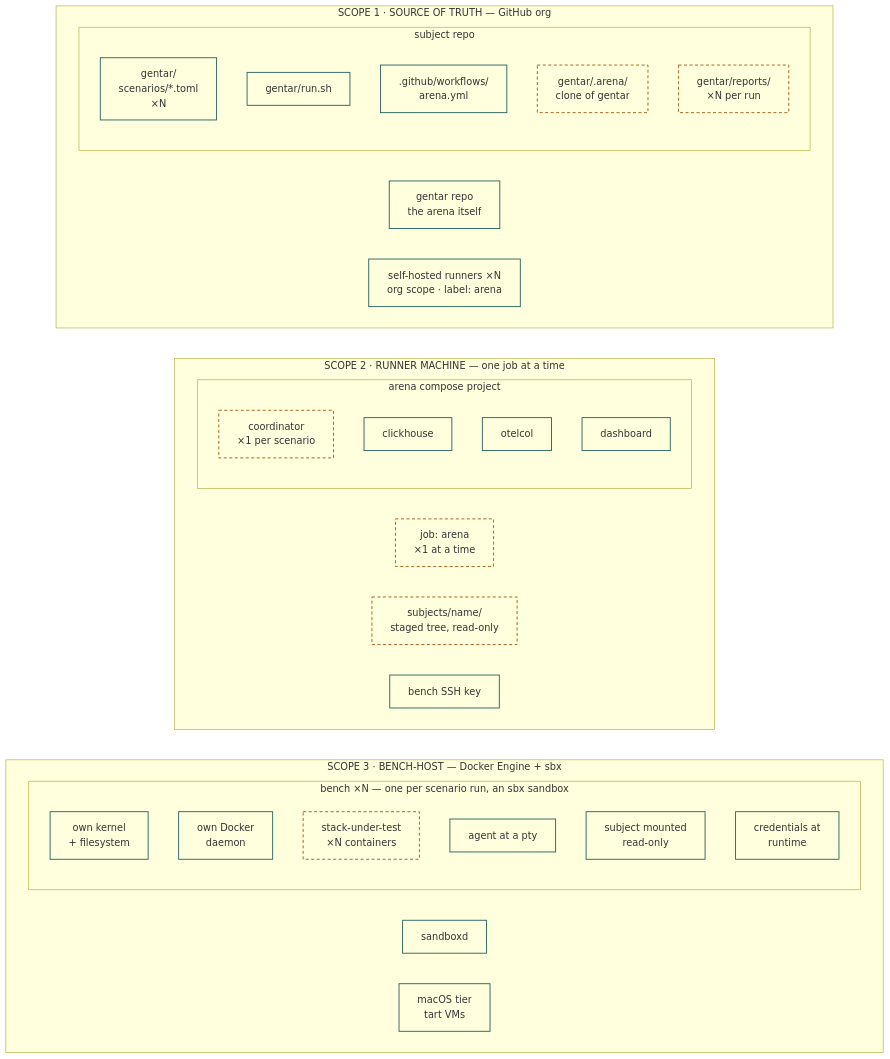
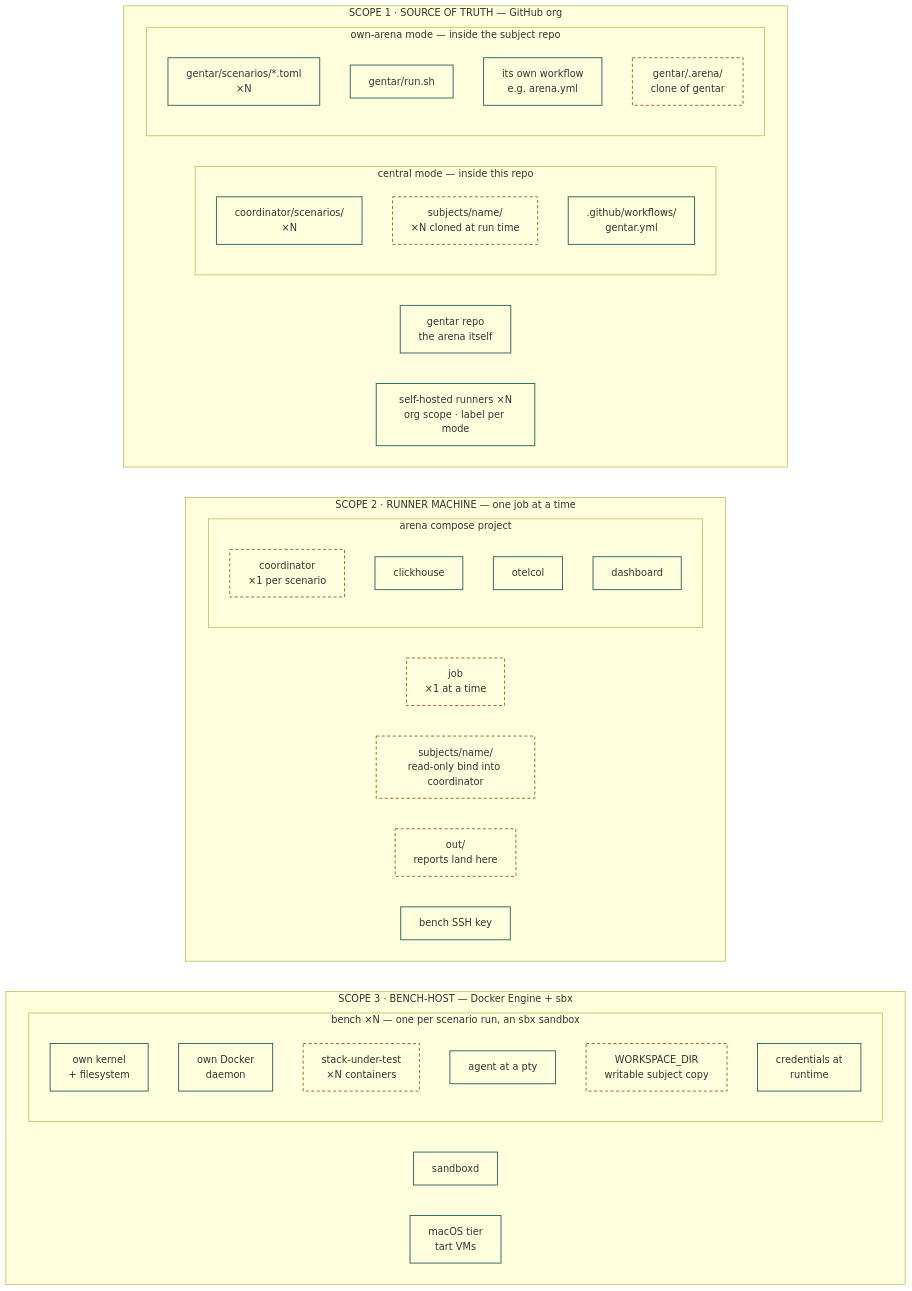
The second of 4 diagrams in docs/scope-map.md (agent-realm/gentar), drawn with Mermaid before and after one commit. The commit also changed other lines of this file and 1 other file, not shown here.

First line of the commit message:
docs: scope map — correct four claims found in review

````diff
--- a/docs/scope-map.md
+++ b/docs/scope-map.md
@@ -49,46 +72,51 @@
 ```mermaid
 flowchart TB
   subgraph GH["SCOPE 1 · SOURCE OF TRUTH — GitHub org"]
     A1["gentar repo<br/>the arena itself"]
-    subgraph SR["subject repo"]
-      A2["gentar/<br/>scenarios/*.toml<br/>×N"]
-      A3["gentar/run.sh"]
-      A4[".github/workflows/<br/>arena.yml"]
-      A5["gentar/.arena/<br/>clone of gentar"]
-      A6["gentar/reports/<br/>×N per run"]
+    subgraph CA["central mode — inside this repo"]
+      A2["coordinator/scenarios/<br/>×N"]
+      A3["subjects/name/<br/>×N cloned at run time"]
+      A4[".github/workflows/<br/>gentar.yml"]
     end
-    A7["self-hosted runners ×N<br/>org scope · label: arena"]
+    subgraph SR["own-arena mode — inside the subject repo"]
+      A5["gentar/scenarios/*.toml<br/>×N"]
+      A6["gentar/run.sh"]
+      A7["its own workflow<br/>e.g. arena.yml"]
+      A8["gentar/.arena/<br/>clone of gentar"]
+    end
+    A9["self-hosted runners ×N<br/>org scope · label per mode"]
   end
 
   subgraph RM["SCOPE 2 · RUNNER MACHINE — one job at a time"]
-    B1["job: arena<br/>×1 at a time"]
-    B3["subjects/name/<br/>staged tree, read-only"]
+    B1["job<br/>×1 at a time"]
+    B3["subjects/name/<br/>read-only bind into coordinator"]
     subgraph CP["arena compose project"]
       B4["coordinator<br/>×1 per scenario"]
       B5["clickhouse"]
       B6["otelcol"]
       B7["dashboard"]
     end
-    B8["bench SSH key"]
+    B8["out/<br/>reports land here"]
+    B9["bench SSH key"]
   end
 
   subgraph BH["SCOPE 3 · BENCH-HOST — Docker Engine + sbx"]
     C1["sandboxd"]
     subgraph BE["bench ×N — one per scenario run, an sbx sandbox"]
       C2["own kernel<br/>+ filesystem"]
       C3["own Docker<br/>daemon"]
       C4["stack-under-test<br/>×N containers"]
       C5["agent at a pty"]
-      C6["subject mounted<br/>read-only"]
+      C6["WORKSPACE_DIR<br/>writable subject copy"]
       C7["credentials at<br/>runtime"]
     end
     C8["macOS tier<br/>tart VMs"]
   end
 
   GH ~~~ RM ~~~ BH
 
   classDef eph fill:none,stroke:#A65A15,stroke-width:1.5px,stroke-dasharray:5 4;
   classDef dur fill:none,stroke:#26635F,stroke-width:1.5px;
-  class A1,A2,A3,A4,A7,B5,B6,B7,B8,C1,C2,C3,C5,C6,C7,C8 dur;
-  class A5,A6,B1,B3,B4,C4 eph;
+  class A1,A2,A4,A5,A6,A7,A9,B5,B6,B7,B9,C1,C2,C3,C5,C7,C8 dur;
+  class A3,A8,B1,B3,B4,B8,C4,C6 eph;
 ```
````
